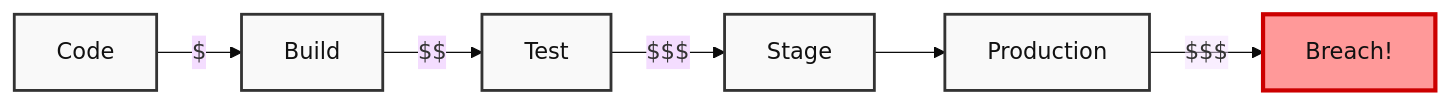
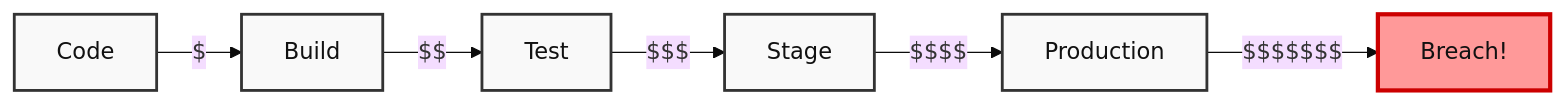
The second of 6 diagrams in src/content/docs/prerequisites/modern-devops/module-1.6-devsecops.md (kube-dojo/kube-dojo.github.io), drawn with Mermaid (base theme) before and after one commit. The commit also changed 1 other file, not shown here.

Commit message:
fix(content): preserve Mermaid currency labels (#3448)

````diff
--- a/src/content/docs/prerequisites/modern-devops/module-1.6-devsecops.md
+++ b/src/content/docs/prerequisites/modern-devops/module-1.6-devsecops.md
@@ -68,11 +68,11 @@
 ```mermaid
 flowchart LR
     A[Code] -- "$" --> B[Build]
     B -- "$$" --> C[Test]
     C -- "$$$" --> D[Stage]
-    D -- "$$$$" --> E[Production]
-    E -- "$$$$$$$" --> F[Breach!]
+    D -- "#36;#36;#36;#36;" --> E[Production]
+    E -- "#36;#36;#36;#36;#36;#36;#36;" --> F[Breach!]
 
     classDef default fill:#f9f9f9,color:#111,stroke:#333,stroke-width:2px;
     style F fill:#ff9999,stroke:#cc0000,stroke-width:3px;
 ```
````
